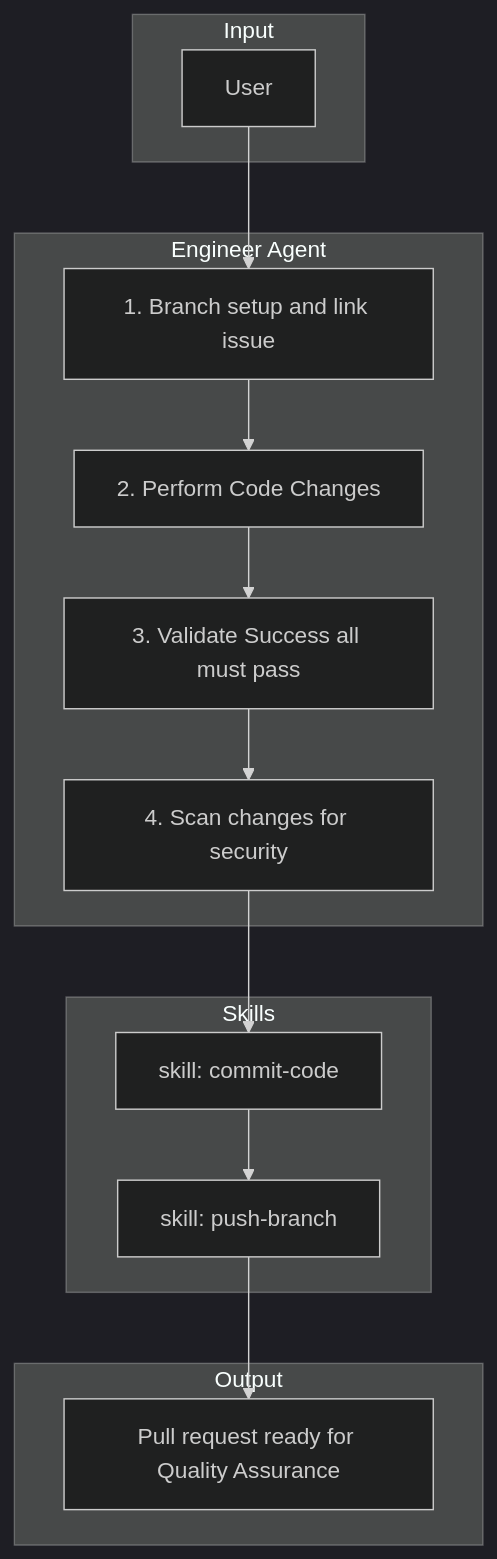
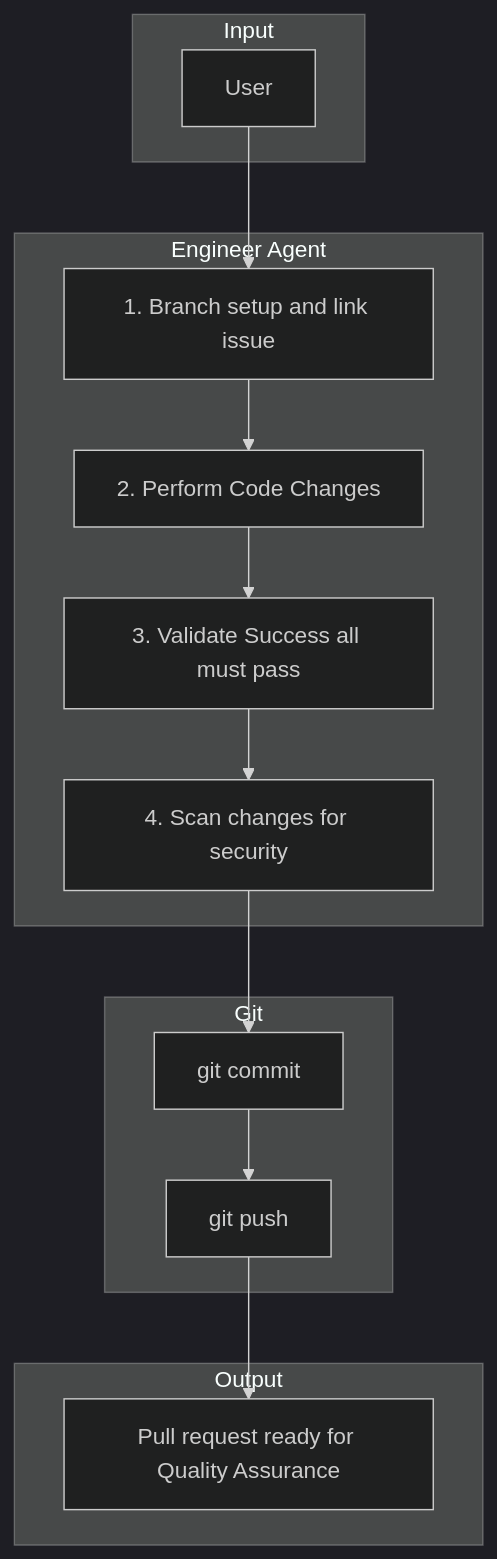
Before and after one commit to alto9/forge: the diagram in docs/agents/engineer.md, drawn with Mermaid (dark theme). The commit also changed other lines of this file and 31 other files, not shown here.

````diff
--- a/docs/agents/engineer.md
+++ b/docs/agents/engineer.md
@@ -13,30 +13,30 @@
 ```mermaid
 flowchart TD
     subgraph Input
         A[User]
     end
 
     subgraph EngineerAgent["Engineer Agent"]
         B0[1. Branch setup and link issue]
         B[2. Perform Code Changes]
         C[3. Validate Success all must pass]
         D[4. Scan changes for security]
     end
 
-    subgraph Skills["Skills"]
-        H[skill: commit-code]
-        I[skill: push-branch]
+    subgraph Git["Git"]
+        H[git commit]
+        I[git push]
     end
 
     subgraph Output
         K[Pull request ready for Quality Assurance]
     end
 
     A --> B0
     B0 --> B
     B --> C
     C --> D
     D --> H
     H --> I
     I --> K
 ```
````
